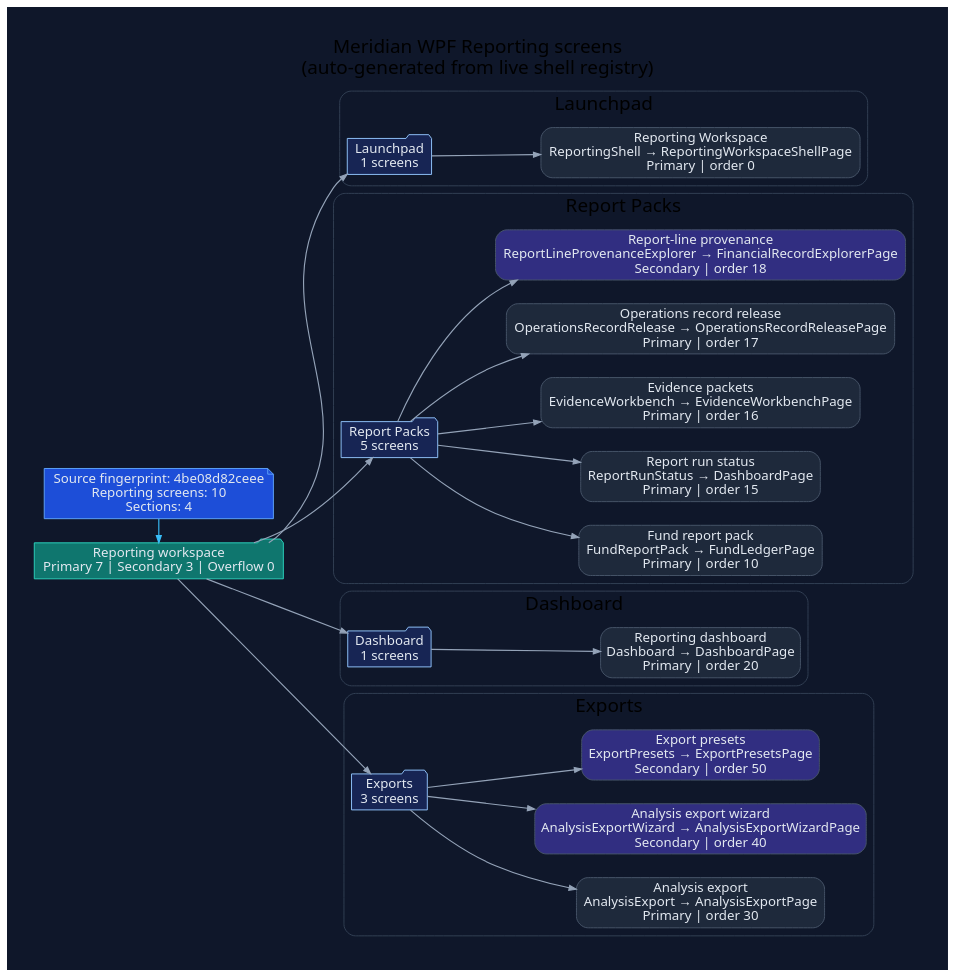
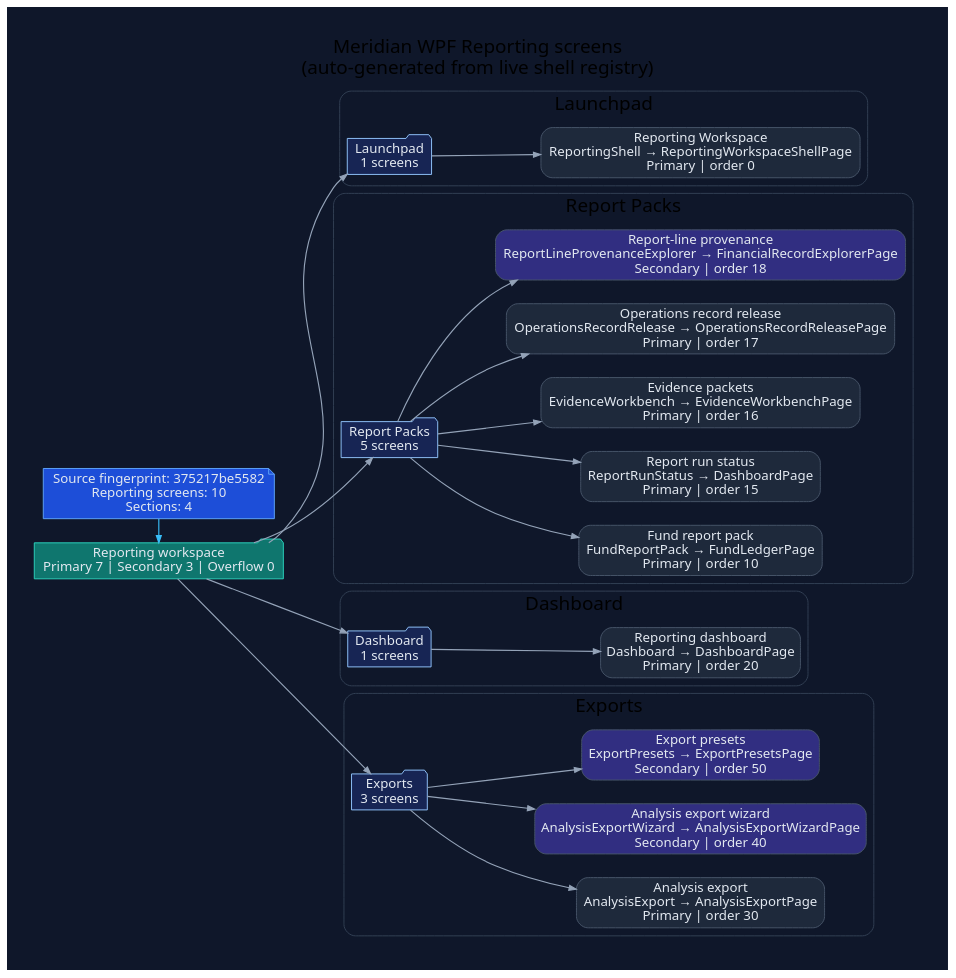
One commit to rodoHasArrived/Meridian-main changed the diagram in docs/diagrams/ui-wpf-screens-reporting.dot. Above: the diagram before and after it, drawn with Graphviz. The commit also changed 158 other files, not shown here.

```diff
--- a/docs/diagrams/ui-wpf-screens-reporting.dot
+++ b/docs/diagrams/ui-wpf-screens-reporting.dot
@@ -1,78 +1,78 @@
 // -----------------------------------------------------------------------------
 // <auto-generated>
 // Generated by scripts/generate-diagrams.mjs.
 // Do not edit this file directly; update the WPF source files instead.
 // -----------------------------------------------------------------------------
 digraph WpfReportingScreens {
   graph [
     rankdir=LR,
     labelloc=t,
     label="Meridian WPF Reporting screens\n(auto-generated from live shell registry)",
     fontname="Segoe UI",
     fontsize=20,
     pad=0.4,
     nodesep=0.35,
     ranksep=0.85,
     bgcolor="#0f172a"
   ];
   node [fontname="Segoe UI", shape=box, style="rounded,filled", color="#475569", fontcolor="#e2e8f0", fillcolor="#1e293b"];
   edge [fontname="Segoe UI", color="#94a3b8", penwidth=1.2, arrowsize=0.75];
 
-  generated [shape=note, fillcolor="#1d4ed8", color="#60a5fa", label="Source fingerprint: 4be08d82ceee\nReporting screens: 10\nSections: 4"];
+  generated [shape=note, fillcolor="#1d4ed8", color="#60a5fa", label="Source fingerprint: 375217be5582\nReporting screens: 10\nSections: 4"];
   workspace [shape=folder, fillcolor="#0f766e", color="#2dd4bf", label="Reporting workspace\nPrimary 7 | Secondary 3 | Overflow 0"];
   generated -> workspace [color="#38bdf8"];
 
   subgraph cluster_section_1 {
     label="Launchpad";
     color="#334155";
     style="rounded";
     section_1 [shape=folder, fillcolor="#172554", color="#93c5fd", label="Launchpad\n1 screens"];
     workspace -> section_1;
     screen_ReportingShell [fillcolor="#1e293b", label="Reporting Workspace\nReportingShell → ReportingWorkspaceShellPage\nPrimary | order 0"];
     section_1 -> screen_ReportingShell;
   }
 
   subgraph cluster_section_2 {
     label="Report Packs";
     color="#334155";
     style="rounded";
     section_2 [shape=folder, fillcolor="#172554", color="#93c5fd", label="Report Packs\n5 screens"];
     workspace -> section_2;
     screen_FundReportPack [fillcolor="#1e293b", label="Fund report pack\nFundReportPack → FundLedgerPage\nPrimary | order 10"];
     section_2 -> screen_FundReportPack;
     screen_ReportRunStatus [fillcolor="#1e293b", label="Report run status\nReportRunStatus → DashboardPage\nPrimary | order 15"];
     section_2 -> screen_ReportRunStatus;
     screen_EvidenceWorkbench [fillcolor="#1e293b", label="Evidence packets\nEvidenceWorkbench → EvidenceWorkbenchPage\nPrimary | order 16"];
     section_2 -> screen_EvidenceWorkbench;
     screen_OperationsRecordRelease [fillcolor="#1e293b", label="Operations record release\nOperationsRecordRelease → OperationsRecordReleasePage\nPrimary | order 17"];
     section_2 -> screen_OperationsRecordRelease;
     screen_ReportLineProvenanceExplorer [fillcolor="#312e81", label="Report-line provenance\nReportLineProvenanceExplorer → FinancialRecordExplorerPage\nSecondary | order 18"];
     section_2 -> screen_ReportLineProvenanceExplorer;
   }
 
   subgraph cluster_section_3 {
     label="Dashboard";
     color="#334155";
     style="rounded";
     section_3 [shape=folder, fillcolor="#172554", color="#93c5fd", label="Dashboard\n1 screens"];
     workspace -> section_3;
     screen_Dashboard [fillcolor="#1e293b", label="Reporting dashboard\nDashboard → DashboardPage\nPrimary | order 20"];
     section_3 -> screen_Dashboard;
   }
 
   subgraph cluster_section_4 {
     label="Exports";
     color="#334155";
     style="rounded";
     section_4 [shape=folder, fillcolor="#172554", color="#93c5fd", label="Exports\n3 screens"];
     workspace -> section_4;
     screen_AnalysisExport [fillcolor="#1e293b", label="Analysis export\nAnalysisExport → AnalysisExportPage\nPrimary | order 30"];
     section_4 -> screen_AnalysisExport;
     screen_AnalysisExportWizard [fillcolor="#312e81", label="Analysis export wizard\nAnalysisExportWizard → AnalysisExportWizardPage\nSecondary | order 40"];
     section_4 -> screen_AnalysisExportWizard;
     screen_ExportPresets [fillcolor="#312e81", label="Export presets\nExportPresets → ExportPresetsPage\nSecondary | order 50"];
     section_4 -> screen_ExportPresets;
   }
 
   { rank=min; generated; workspace; }
 }
```
